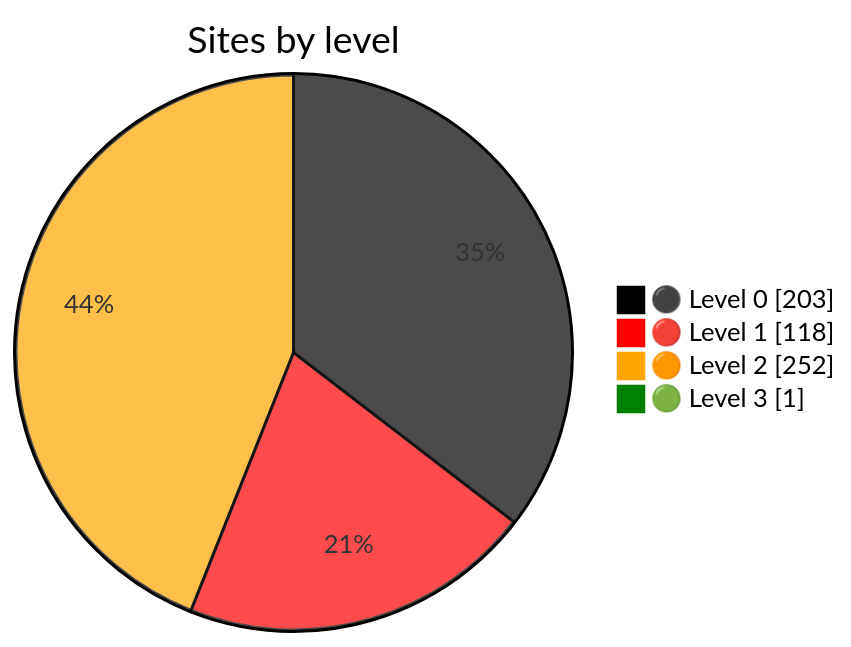
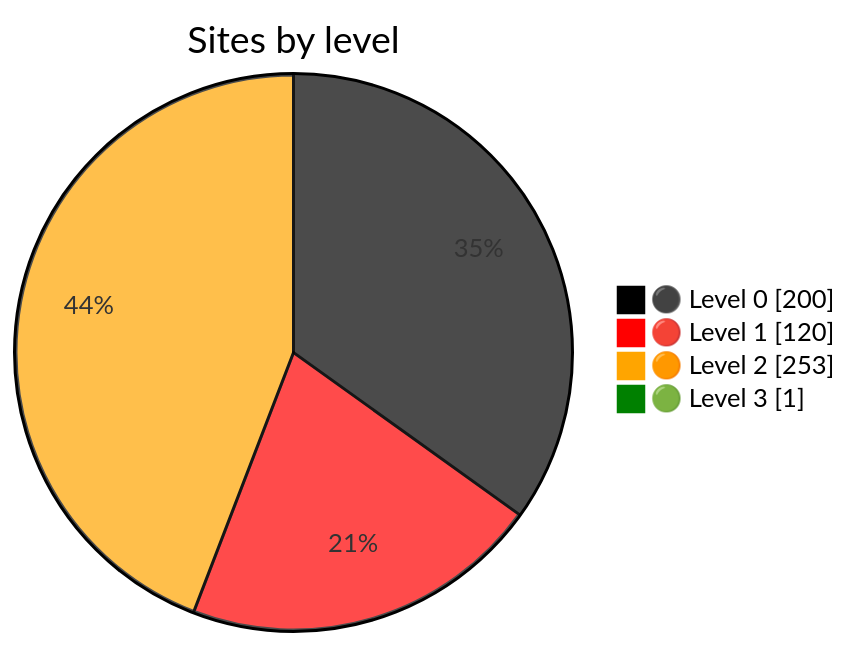
One commit to Dushmilan/gov_lk_web_auditor changed the diagram in README.md. Above: the diagram before and after it, drawn with Mermaid. The commit also changed other lines of this file and 2556 other files, not shown here.

````diff
--- a/README.md
+++ b/README.md
@@ -24,9 +24,9 @@
 ```mermaid
 %%{init: {"themeVariables":{"pie1":"black","pie2":"red","pie3":"orange","pie4":"green"}}}%%
 pie showData
     title Sites by level
-    "⚫ Level 0" : 203
-    "🔴 Level 1" : 118
-    "🟠 Level 2" : 252
+    "⚫ Level 0" : 200
+    "🔴 Level 1" : 120
+    "🟠 Level 2" : 253
     "🟢 Level 3" : 1
 ```
````
